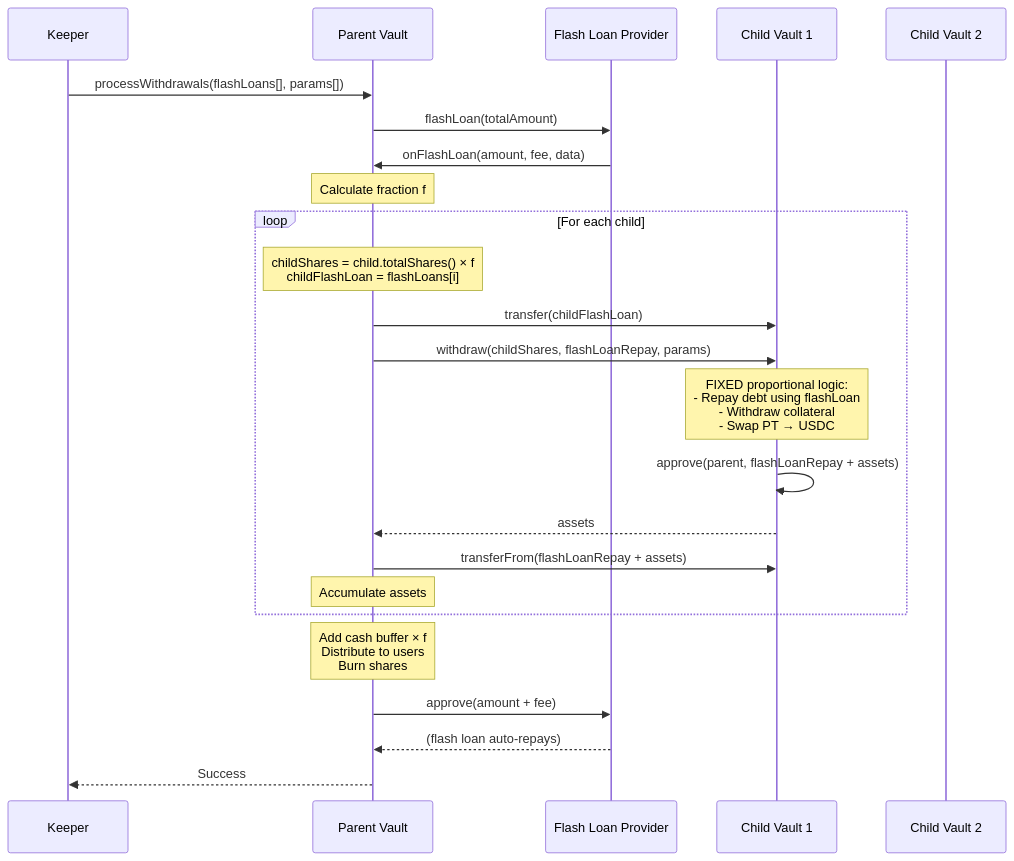
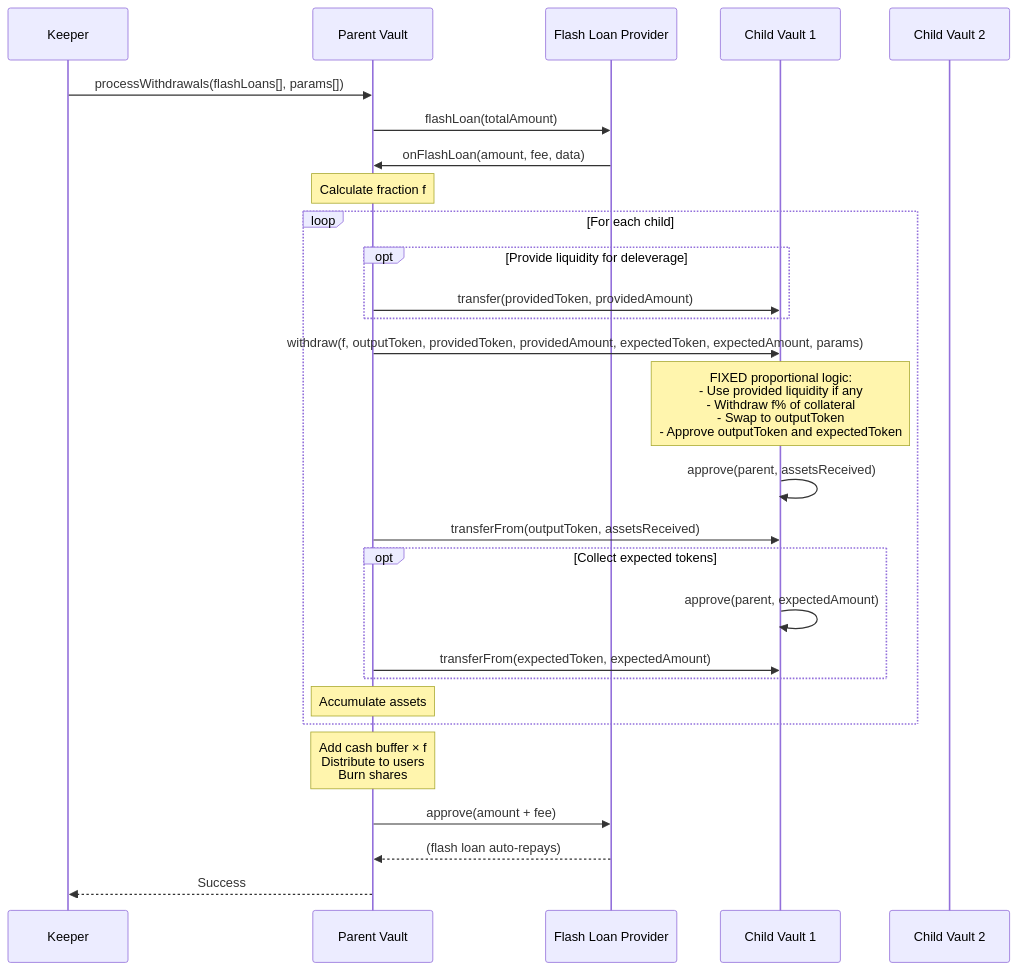
One commit to evgenynacu/leveraged-defi-strategy-contracts changed the second of 3 diagrams in docs/adr/0005-deposit-withdrawal-settlement.md. Above: the diagram before and after it, drawn with Mermaid. The commit also changed other lines of this file and 3 other files, not shown here.

Commit message:
fix: new Child Strategy interface (multi-token debts, provided/expected token amounts)

````diff
--- a/docs/adr/0005-deposit-withdrawal-settlement.md
+++ b/docs/adr/0005-deposit-withdrawal-settlement.md
@@ -224,39 +273,42 @@
 ```mermaid
 sequenceDiagram
     participant K as Keeper
     participant P as Parent Vault
     participant FL as Flash Loan Provider
     participant C1 as Child Vault 1
     participant C2 as Child Vault 2
 
     K->>P: processWithdrawals(flashLoans[], params[])
 
     P->>FL: flashLoan(totalAmount)
 
     FL->>P: onFlashLoan(amount, fee, data)
 
     Note over P: Calculate fraction f
 
     loop For each child
-        Note over P: childShares = child.totalShares() × f<br/>childFlashLoan = flashLoans[i]
+        opt Provide liquidity for deleverage
+            P->>C1: transfer(providedToken, providedAmount)
+        end
+        P->>C1: withdraw(f, outputToken, providedToken, providedAmount, expectedToken, expectedAmount, params)
 
-        P->>C1: transfer(childFlashLoan)
-        P->>C1: withdraw(childShares, flashLoanRepay, params)
+        Note over C1: FIXED proportional logic:<br/>- Use provided liquidity if any<br/>- Withdraw f% of collateral<br/>- Swap to outputToken<br/>- Approve outputToken and expectedToken
 
-        Note over C1: FIXED proportional logic:<br/>- Repay debt using flashLoan<br/>- Withdraw collateral<br/>- Swap PT → USDC
+        C1->>C1: approve(parent, assetsReceived)
+        P->>C1: transferFrom(outputToken, assetsReceived)
 
-        C1->>C1: approve(parent, flashLoanRepay + assets)
-        C1-->>P: assets
-
-        P->>C1: transferFrom(flashLoanRepay + assets)
+        opt Collect expected tokens
+            C1->>C1: approve(parent, expectedAmount)
+            P->>C1: transferFrom(expectedToken, expectedAmount)
+        end
 
         Note over P: Accumulate assets
     end
 
     Note over P: Add cash buffer × f<br/>Distribute to users<br/>Burn shares
 
     P->>FL: approve(amount + fee)
     FL-->>P: (flash loan auto-repays)
 
     P-->>K: Success
 ```
````
